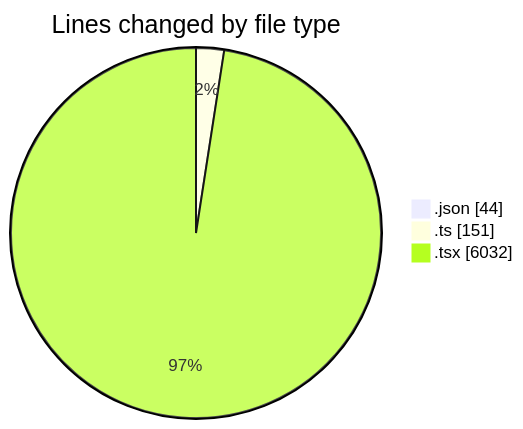
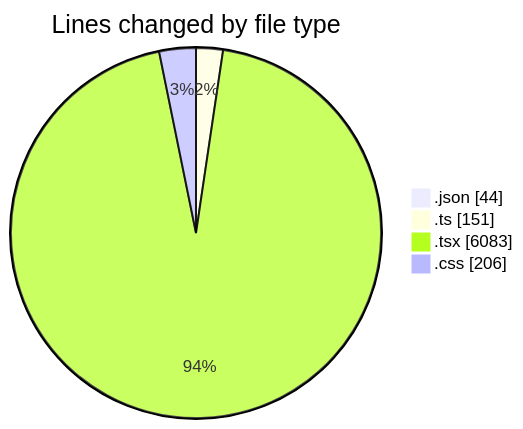
The first of 2 diagrams in 2025-10-24/eventscop-frontend-guide__workspace_/README.md (julien-gomy/code-tracking), drawn with Mermaid before and after one commit. The commit also changed other lines of this file and 1 other file, not shown here.

````diff
--- a/2025-10-24/eventscop-frontend-guide__workspace_/README.md
+++ b/2025-10-24/eventscop-frontend-guide__workspace_/README.md
@@ -40,7 +42,8 @@
 ```mermaid
 pie showData
 title Lines changed by file type
 ".json" : 44
 ".ts" : 151
-".tsx" : 6032
+".tsx" : 6083
+".css" : 206
 ```
````
